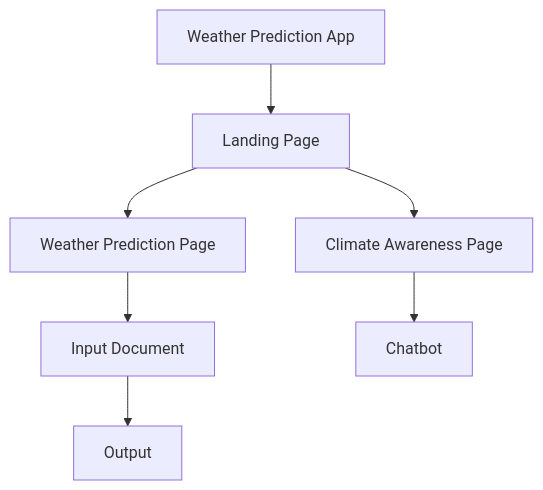
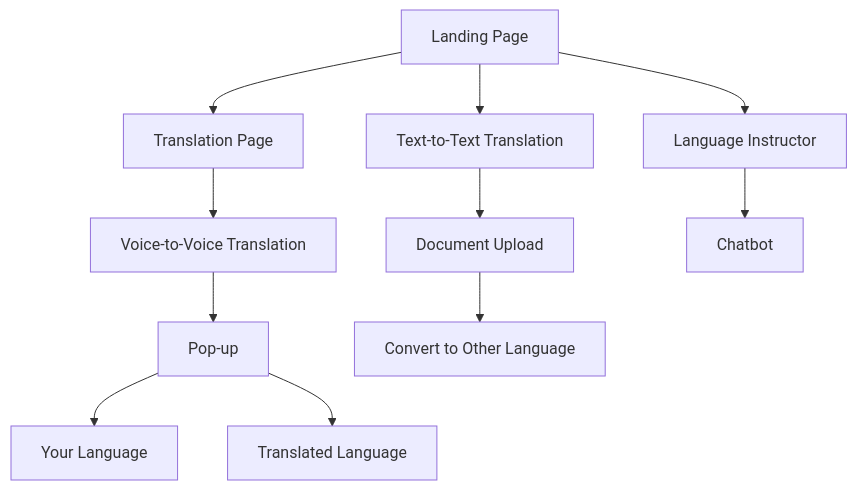
Before and after one commit to moizkhan503/langauge_translation: the diagram in README.md, drawn with Mermaid. The commit also changed other lines of this file, not shown here.

Commit message:
mermaid daigram

````diff
--- a/README.md
+++ b/README.md
@@ -7,9 +7,16 @@
 ```mermaid
 graph TD
-    A[Weather Prediction App] --> B[Landing Page]
-    B --> C[Weather Prediction Page]
-    B --> D[Climate Awareness Page]
-    C --> E[Input Document]
-    E --> F[Output]
-    D --> G[Chatbot]
+    A[Landing Page] --> B[Translation Page]
+    A --> C[Text-to-Text Translation]
+    A --> D[Language Instructor]
+
+    B --> E[Voice-to-Voice Translation]
+    E --> F[Pop-up]
+    F --> G[Your Language]
+    F --> H[Translated Language]
+
+    C --> I[Document Upload]
+    I --> J[Convert to Other Language]
+
+    D --> K[Chatbot]
 ```
````
